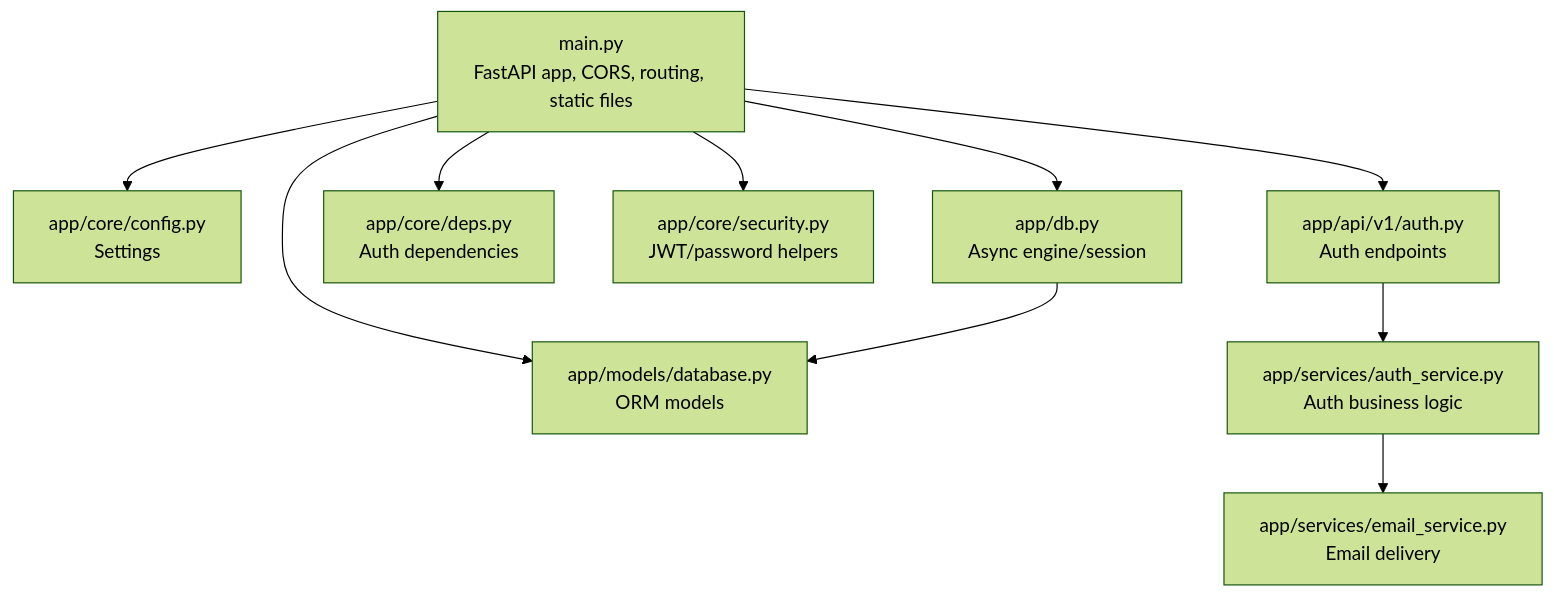
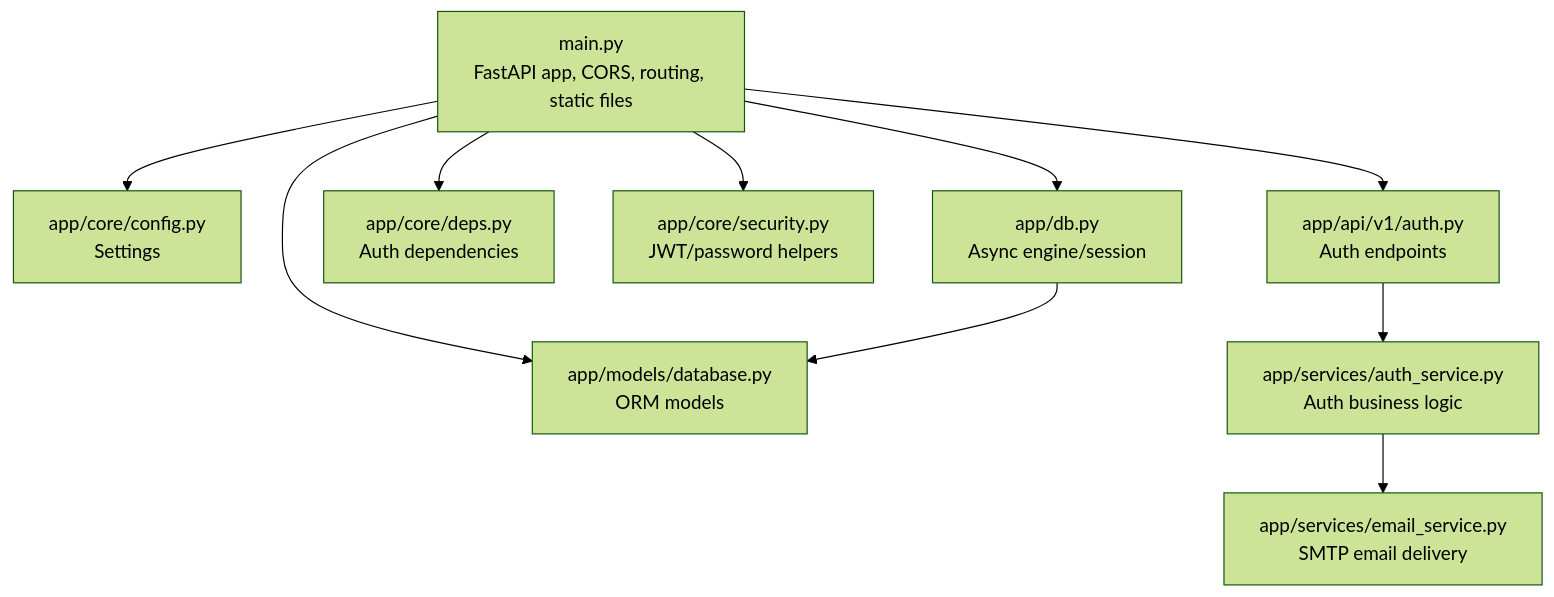
The first of 6 diagrams in .qoder/repowiki/en/content/Architecture Overview/Backend Architecture/Core Configuration.md (rainRise/aidiary), drawn with Mermaid (forest theme) before and after one commit. The commit also changed other lines of this file and 13 other files, not shown here.

````diff
--- a/.qoder/repowiki/en/content/Architecture Overview/Backend Architecture/Core Configuration.md
+++ b/.qoder/repowiki/en/content/Architecture Overview/Backend Architecture/Core Configuration.md
@@ -36,12 +48,12 @@
 ```mermaid
 graph TB
 A["main.py<br/>FastAPI app, CORS, routing, static files"] --> B["app/core/config.py<br/>Settings"]
 A --> C["app/db.py<br/>Async engine/session"]
 A --> D["app/core/deps.py<br/>Auth dependencies"]
 A --> E["app/core/security.py<br/>JWT/password helpers"]
 A --> F["app/models/database.py<br/>ORM models"]
 A --> G["app/api/v1/auth.py<br/>Auth endpoints"]
 G --> H["app/services/auth_service.py<br/>Auth business logic"]
-H --> I["app/services/email_service.py<br/>Email delivery"]
+H --> I["app/services/email_service.py<br/>SMTP email delivery"]
 C --> F
 ```
````
